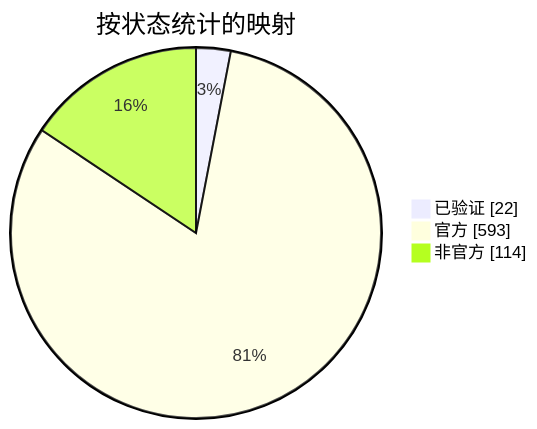
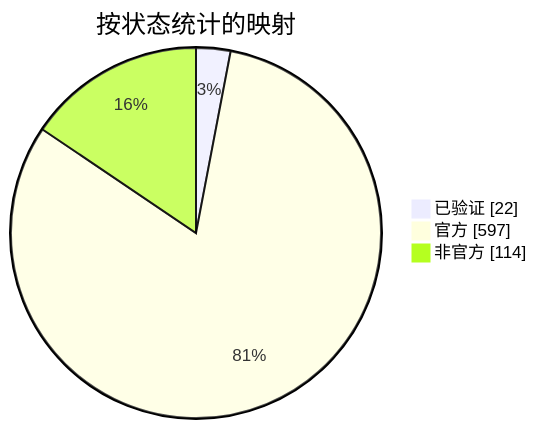
One commit to nobrega8/mbmap-library changed the diagram in docs/readme/README_ZHS.md. Above: the diagram before and after it, drawn with Mermaid. The commit also changed 9 other files, not shown here.

````diff
--- a/docs/readme/README_ZHS.md
+++ b/docs/readme/README_ZHS.md
@@ -54,7 +54,7 @@
 ```mermaid
 pie showData
     title 按状态统计的映射
     "已验证" : 22
-    "官方" : 593
+    "官方" : 597
     "非官方" : 114
 ```
````
